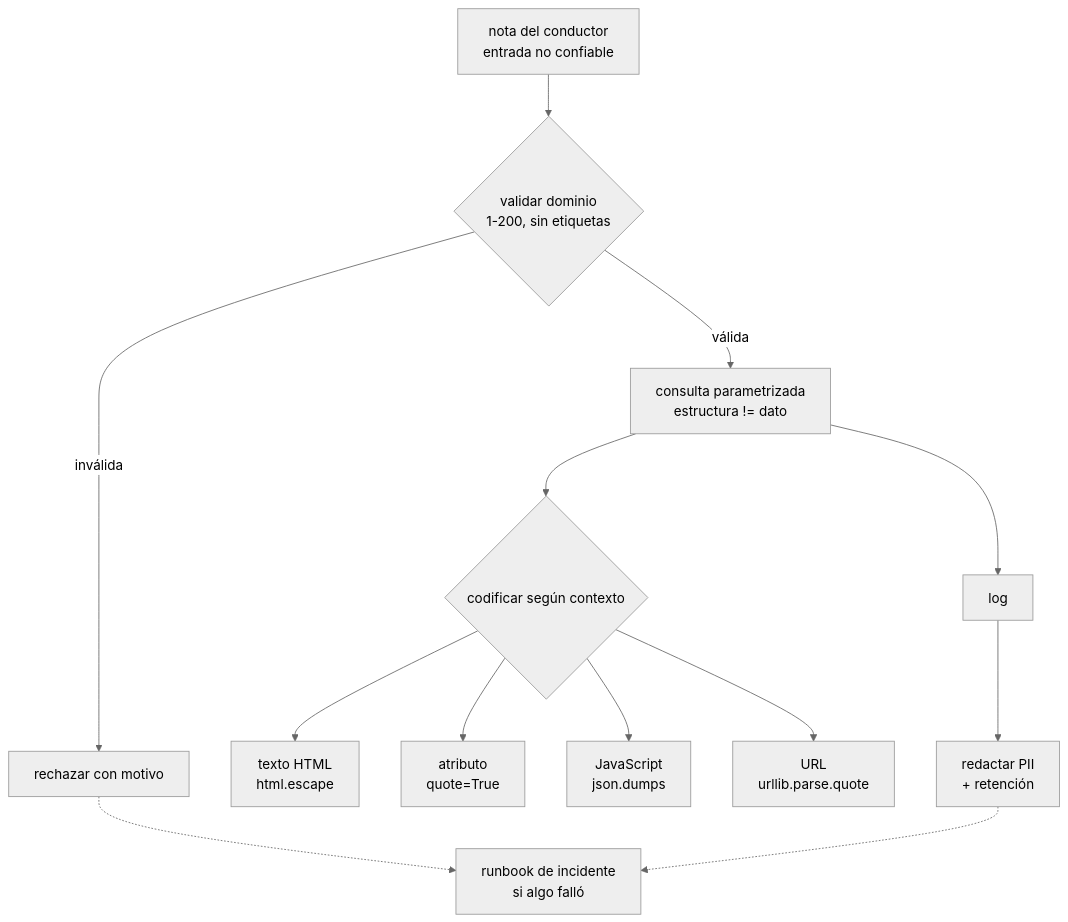
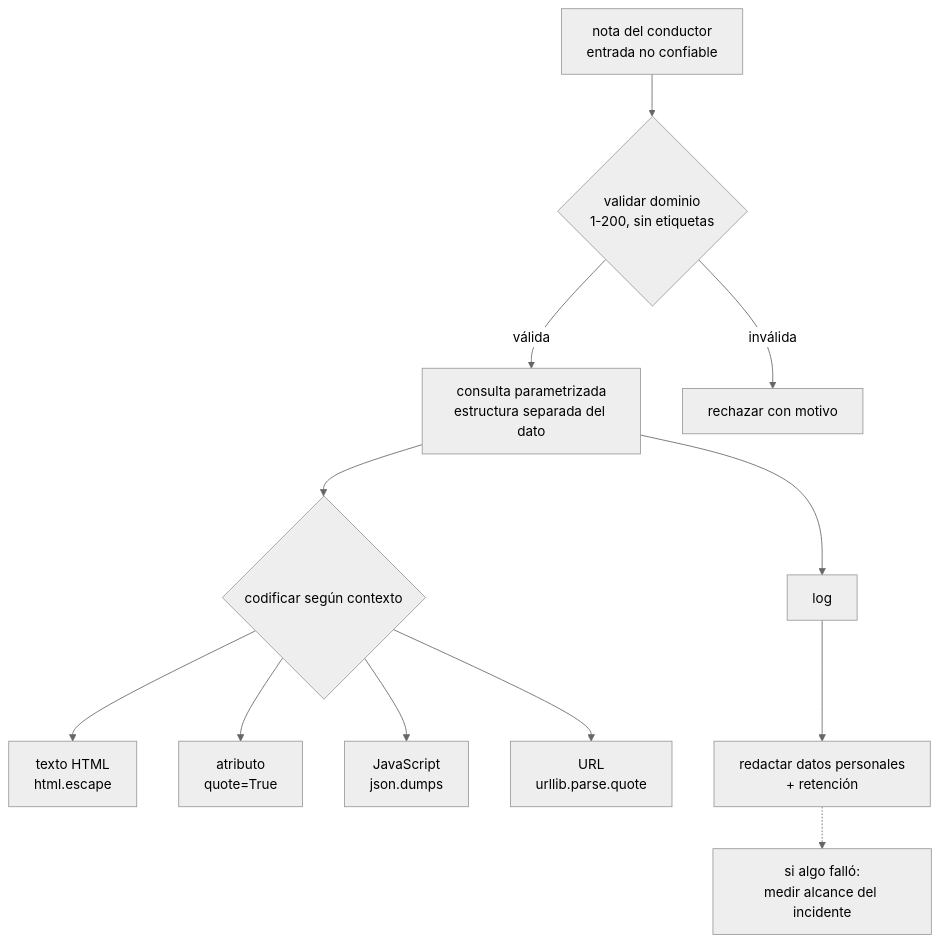
One commit to NICORUIZ93/The_Imperial_Book changed the fourth of 5 diagrams in web/public/content/foundations/modulo-6.md. Above: the diagram before and after it, drawn with Mermaid (neutral theme). The commit also changed other lines of this file and 1 other file, not shown here.

````diff
--- a/web/public/content/foundations/modulo-6.md
+++ b/web/public/content/foundations/modulo-6.md
@@ -510,15 +1585,14 @@
 ```mermaid
 flowchart TD
     IN["nota del conductor<br/>entrada no confiable"] --> VAL{"validar dominio<br/>1-200, sin etiquetas"}
-    VAL -->|"válida"| DB["consulta parametrizada<br/>estructura != dato"]
+    VAL -->|"válida"| DB["consulta parametrizada<br/>estructura separada del dato"]
     VAL -->|"inválida"| REJ["rechazar con motivo"]
     DB --> OUT{"codificar según contexto"}
     OUT --> H["texto HTML<br/>html.escape"]
     OUT --> A["atributo<br/>quote=True"]
     OUT --> J["JavaScript<br/>json.dumps"]
     OUT --> U["URL<br/>urllib.parse.quote"]
     DB --> LOG["log"]
-    LOG --> RED["redactar PII<br/>+ retención"]
-    REJ -.-> RB["runbook de incidente<br/>si algo falló"]
-    RED -.-> RB
+    LOG --> RED["redactar datos personales<br/>+ retención"]
+    RED -.-> INC["si algo falló:<br/>medir alcance del incidente"]
 ```
````
